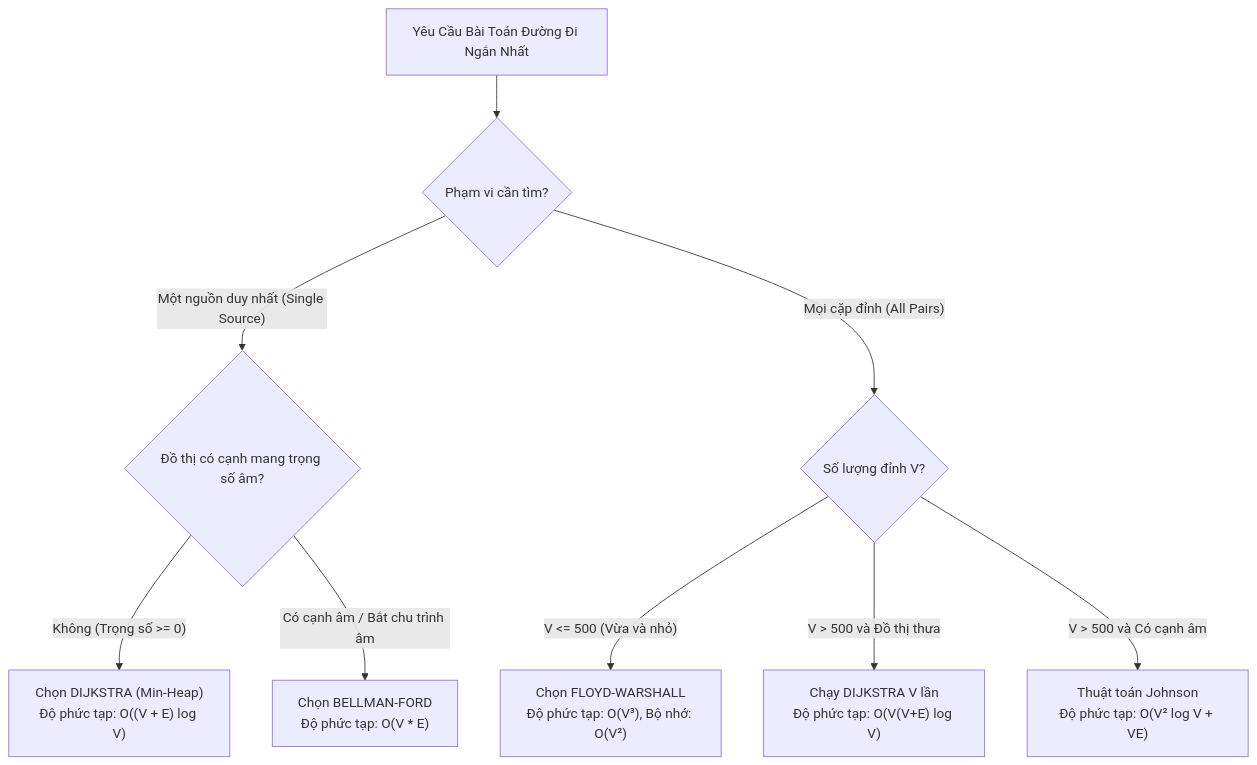
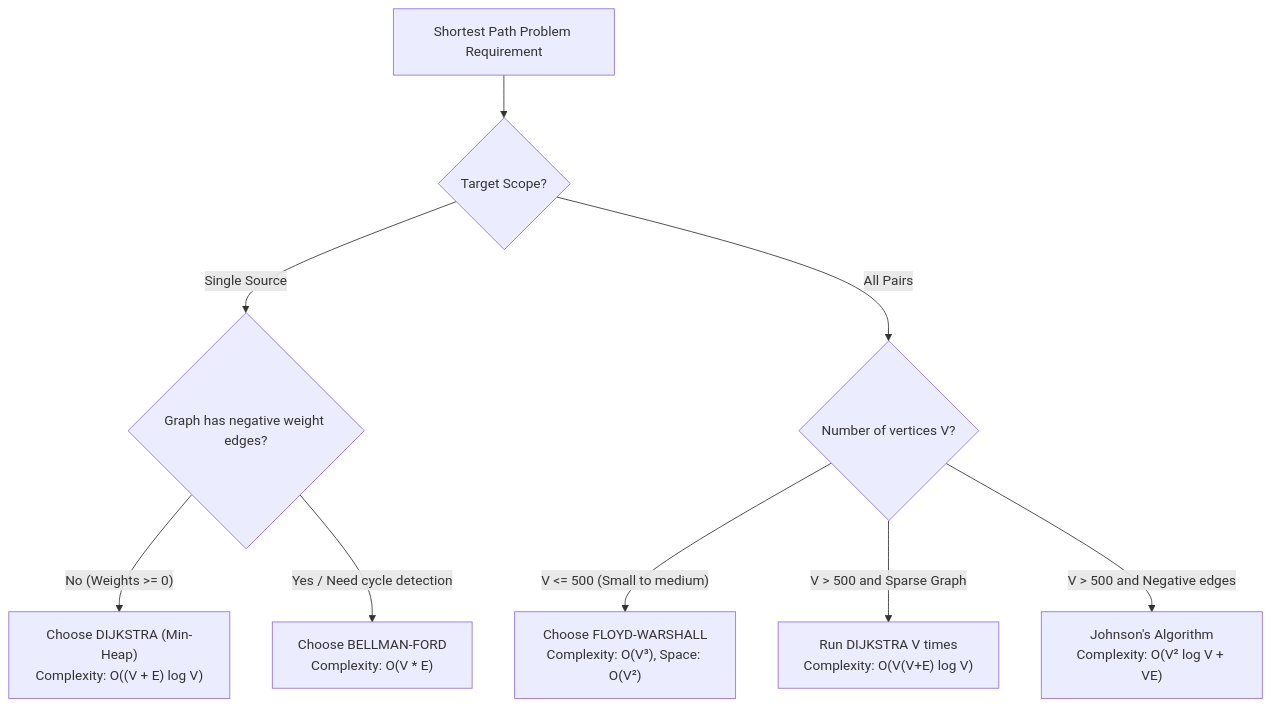
The diagram in src/data/blog/en/40-2026-06-11-shortest-path-algorithms-comparison-dijkstra-bellman-ford-floyd-warshall.md (ga2631/ga2631.github.io), drawn with Mermaid before and after one commit. The commit also changed other lines of this file and 74 other files, not shown here.

````diff
--- a/src/data/blog/en/40-2026-06-11-shortest-path-algorithms-comparison-dijkstra-bellman-ford-floyd-warshall.md
+++ b/src/data/blog/en/40-2026-06-11-shortest-path-algorithms-comparison-dijkstra-bellman-ford-floyd-warshall.md
@@ -103,14 +103,14 @@
 ```mermaid
 flowchart TD
-    Start["Yêu Cầu Bài Toán Đường Đi Ngắn Nhất"] --> ScopeCheck{"Phạm vi cần tìm?"}
+    Start["Shortest Path Problem Requirement"] --> ScopeCheck{"Target Scope?"}
 
-    ScopeCheck -->|"Một nguồn duy nhất (Single Source)"| WeightCheck{"Đồ thị có cạnh mang trọng số âm?"}
-    ScopeCheck -->|"Mọi cặp đỉnh (All Pairs)"| GraphSize{"Số lượng đỉnh V?"}
+    ScopeCheck -->|"Single Source"| WeightCheck{"Graph has negative weight edges?"}
+    ScopeCheck -->|"All Pairs"| GraphSize{"Number of vertices V?"}
 
-    WeightCheck -->|"Không (Trọng số >= 0)"| RunDijkstra["Chọn DIJKSTRA (Min-Heap)<br/>Độ phức tạp: O((V + E) log V)"]
-    WeightCheck -->|"Có cạnh âm / Bắt chu trình âm"| RunBellman["Chọn BELLMAN-FORD<br/>Độ phức tạp: O(V * E)"]
+    WeightCheck -->|"No (Weights >= 0)"| RunDijkstra["Choose DIJKSTRA (Min-Heap)<br/>Complexity: O((V + E) log V)"]
+    WeightCheck -->|"Yes / Need cycle detection"| RunBellman["Choose BELLMAN-FORD<br/>Complexity: O(V * E)"]
 
-    GraphSize -->|"V <= 500 (Vừa và nhỏ)"| RunFloyd["Chọn FLOYD-WARSHALL<br/>Độ phức tạp: O(V³), Bộ nhớ: O(V²)"]
-    GraphSize -->|"V > 500 và Đồ thị thưa"| RunV_Dijkstra["Chạy DIJKSTRA V lần<br/>Độ phức tạp: O(V(V+E) log V)"]
-    GraphSize -->|"V > 500 và Có cạnh âm"| RunJohnson["Thuật toán Johnson<br/>Độ phức tạp: O(V² log V + VE)"]
+    GraphSize -->|"V <= 500 (Small to medium)"| RunFloyd["Choose FLOYD-WARSHALL<br/>Complexity: O(V³), Space: O(V²)"]
+    GraphSize -->|"V > 500 and Sparse Graph"| RunV_Dijkstra["Run DIJKSTRA V times<br/>Complexity: O(V(V+E) log V)"]
+    GraphSize -->|"V > 500 and Negative edges"| RunJohnson["Johnson's Algorithm<br/>Complexity: O(V² log V + VE)"]
 ```
````
